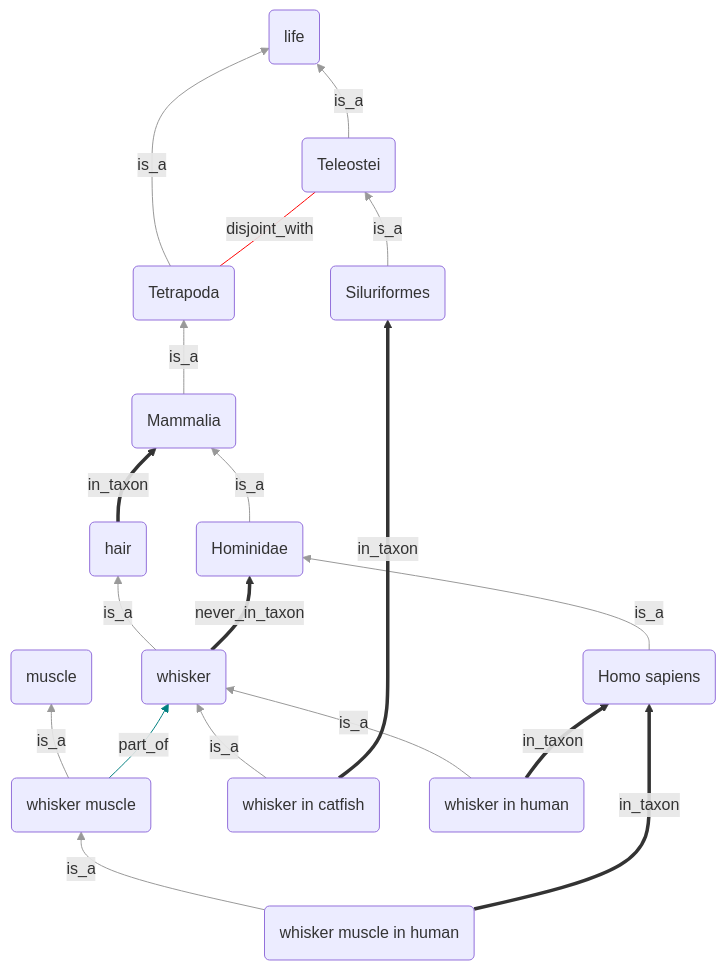
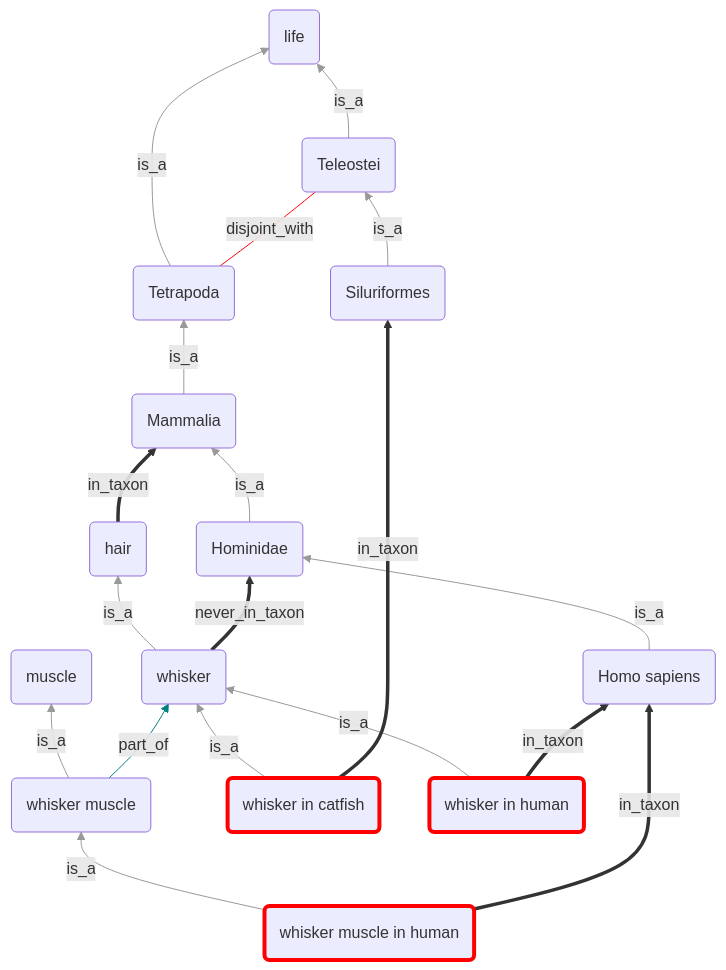
Before and after one commit to OBOAcademy/obook: the fifth of 5 diagrams in docs/explanation/taxon-constraints-explainer.md, drawn with Mermaid. The commit also changed other lines of this file, not shown here.

````diff
--- a/docs/explanation/taxon-constraints-explainer.md
+++ b/docs/explanation/taxon-constraints-explainer.md
@@ -177,48 +177,51 @@
 ```mermaid
      graph BT;
        n1(hair) ;
        n2(whisker) ;
        n3(muscle) ;
        n4(whisker muscle) ;
        n5(whisker muscle in human) ;
        n6(whisker in catfish) ;
        n7(whisker in human) ;
        n8(life) ;
        n9(Teleostei) ;
        n10(Siluriformes) ;
        n11(Tetrapoda) ;
        n12(Mammalia) ;
        n13(Hominidae) ;
        n14(Homo sapiens) ;
        n2--is_a-->n1 ;
        n4--is_a-->n3 ;
        n9--is_a-->n8 ;
        n10--is_a-->n9 ;
        n11--is_a-->n8 ;
        n12--is_a-->n11 ;
        n13--is_a-->n12 ;
        n14--is_a-->n13 ;
        n5--is_a-->n4 ;
        n6--is_a-->n2 ;
        n7--is_a-->n2 ;
        n4--part_of-->n2 ;
        n11 --disjoint_with--- n9 ;
        n1==in_taxon==>n12 ;
        n2==never_in_taxon==>n13 ;
        n5==in_taxon==>n14 ;
        n7==in_taxon==>n14 ;
        n6==in_taxon==>n10 ;
        linkStyle 0 stroke:#999 ;
        linkStyle 1 stroke:#999 ;
        linkStyle 2 stroke:#999 ;
        linkStyle 3 stroke:#999 ;
        linkStyle 4 stroke:#999 ;
        linkStyle 5 stroke:#999 ;
        linkStyle 6 stroke:#999 ;
        linkStyle 7 stroke:#999 ;
        linkStyle 8 stroke:#999 ;
        linkStyle 9 stroke:#999 ;
        linkStyle 10 stroke:#999 ;
        linkStyle 11 stroke:#008080 ;
        linkStyle 12 stroke:red ;
+       style n5 stroke-width:4px,stroke:red ;
+       style n6 stroke-width:4px,stroke:red ;
+       style n7 stroke-width:4px,stroke:red ;
    ```
````
